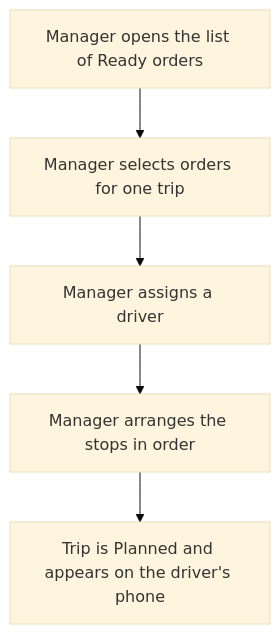
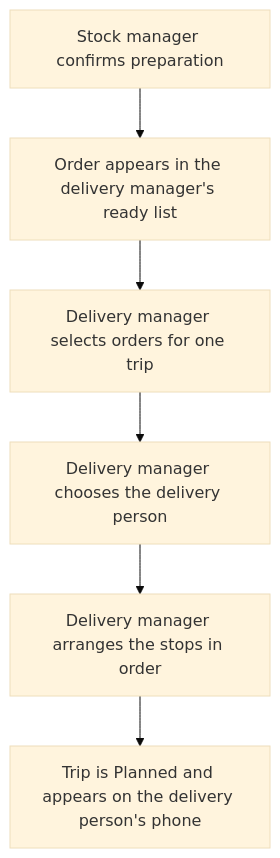
Before and after one commit to AhmedElnagarUU/Cosmo: the third of 4 diagrams in docs/workflows/04-delivery.md, drawn with Mermaid (base theme). The commit also changed other lines of this file and 33 other files, not shown here.

````diff
--- a/docs/workflows/04-delivery.md
+++ b/docs/workflows/04-delivery.md
@@ -33,7 +35,8 @@
 ```mermaid
 flowchart TD
-    A[Manager opens the list of Ready orders] --> B[Manager selects orders for one trip]
-    B --> C[Manager assigns a driver]
-    C --> D[Manager arranges the stops in order]
-    D --> E[Trip is Planned and appears on the driver's phone]
+    A[Stock manager confirms preparation] --> B[Order appears in the delivery manager's ready list]
+    B --> C[Delivery manager selects orders for one trip]
+    C --> D[Delivery manager chooses the delivery person]
+    D --> E[Delivery manager arranges the stops in order]
+    E --> F[Trip is Planned and appears on the delivery person's phone]
 ```
````
